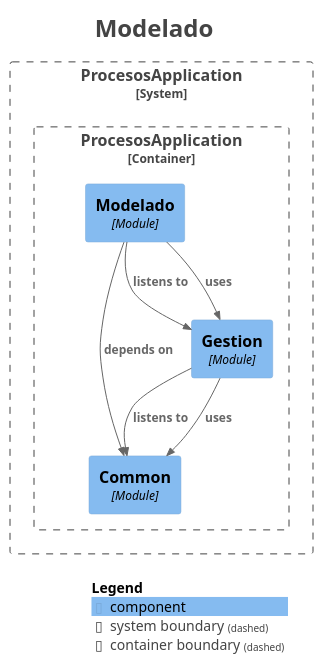
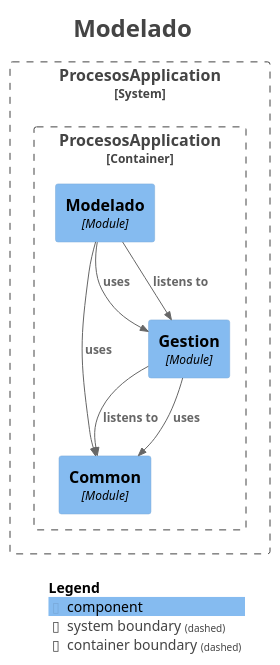
Before and after one commit to AndresContreras1/bpmn-process-manager-api: the diagram in docs/modules/module-modelado.puml, drawn with PlantUML. The commit also changed 26 other files, not shown here.

```diff
--- a/docs/modules/module-modelado.puml
+++ b/docs/modules/module-modelado.puml
@@ -1,35 +1,35 @@
 @startuml
 title <size:24>Modelado</size>
 
 set separator none
 top to bottom direction
 
 <style>
   root {
     BackgroundColor: #ffffff
     FontColor: #444444
   }
 </style>
 
 !include <C4/C4>
 !include <C4/C4_Context>
 !include <C4/C4_Component>
 
 System_Boundary("ProcesosApplication_boundary", "ProcesosApplication", $tags="") {
   Container_Boundary("ProcesosApplication.ProcesosApplication_boundary", "ProcesosApplication", $tags="") {
     Component(ProcesosApplication.ProcesosApplication.Common, "Common", $techn="Module", $descr="", $tags="", $link="")
     Component(ProcesosApplication.ProcesosApplication.Gestion, "Gestion", $techn="Module", $descr="", $tags="", $link="")
     Component(ProcesosApplication.ProcesosApplication.Modelado, "Modelado", $techn="Module", $descr="", $tags="", $link="")
   }
 
 }
 
+Rel(ProcesosApplication.ProcesosApplication.Modelado, ProcesosApplication.ProcesosApplication.Gestion, "uses", $techn="", $tags="", $link="")
+Rel(ProcesosApplication.ProcesosApplication.Modelado, ProcesosApplication.ProcesosApplication.Common, "uses", $techn="", $tags="", $link="")
 Rel(ProcesosApplication.ProcesosApplication.Gestion, ProcesosApplication.ProcesosApplication.Common, "listens to", $techn="", $tags="", $link="")
 Rel(ProcesosApplication.ProcesosApplication.Gestion, ProcesosApplication.ProcesosApplication.Common, "uses", $techn="", $tags="", $link="")
 Rel(ProcesosApplication.ProcesosApplication.Modelado, ProcesosApplication.ProcesosApplication.Gestion, "listens to", $techn="", $tags="", $link="")
-Rel(ProcesosApplication.ProcesosApplication.Modelado, ProcesosApplication.ProcesosApplication.Common, "depends on", $techn="", $tags="", $link="")
-Rel(ProcesosApplication.ProcesosApplication.Modelado, ProcesosApplication.ProcesosApplication.Gestion, "uses", $techn="", $tags="", $link="")
 
 SHOW_LEGEND(true)
 hide stereotypes
 @enduml
```
